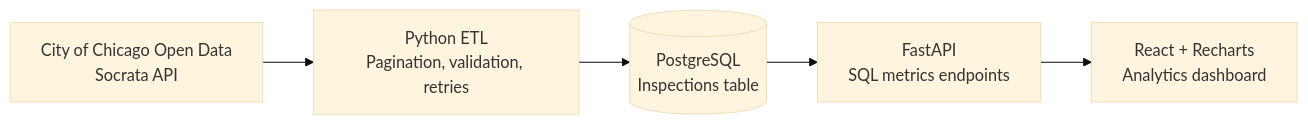
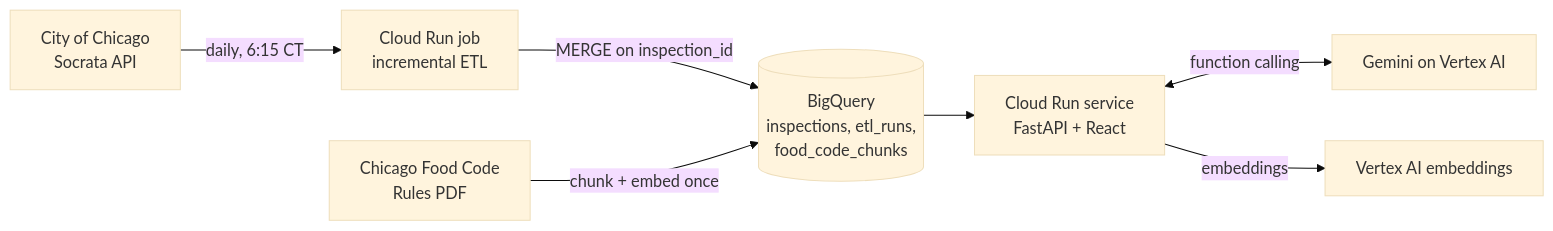
The diagram in README.md (SayojyaPatil/chicago-food-dashboard), drawn with Mermaid (base theme) before and after one commit. The commit also changed other lines of this file and 44 other files, not shown here.

First line of the commit message:
Add GCP deployment, daily BigQuery ETL, and an inspection agent

````diff
--- a/README.md
+++ b/README.md
@@ -27,7 +27,9 @@
 ```mermaid
 flowchart LR
-    A[City of Chicago Open Data<br/>Socrata API] --> B[Python ETL<br/>Pagination, validation, retries]
-    B --> C[(PostgreSQL<br/>Inspections table)]
-    C --> D[FastAPI<br/>SQL metrics endpoints]
-    D --> E[React + Recharts<br/>Analytics dashboard]
+    S[City of Chicago<br/>Socrata API] -->|daily, 6:15 CT| J[Cloud Run job<br/>incremental ETL]
+    J -->|MERGE on inspection_id| BQ[(BigQuery<br/>inspections, etl_runs,<br/>food_code_chunks)]
+    PDF[Chicago Food Code<br/>Rules PDF] -->|chunk + embed once| BQ
+    BQ --> API[Cloud Run service<br/>FastAPI + React]
+    API <-->|function calling| G[Gemini on Vertex AI]
+    API -->|embeddings| E[Vertex AI embeddings]
 ```
````
